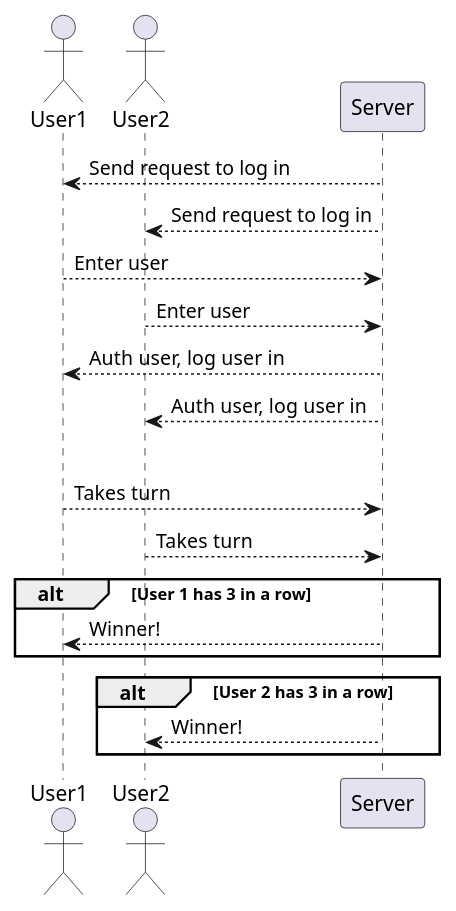
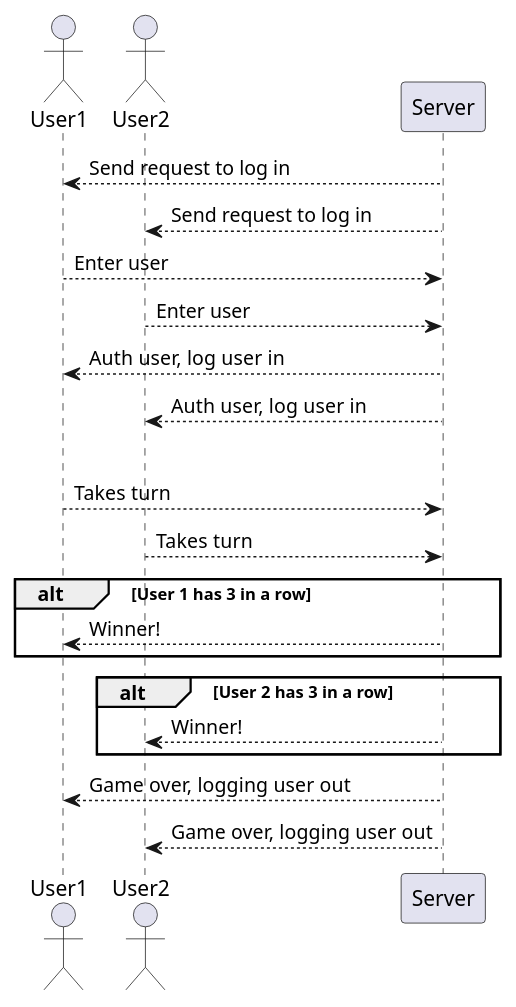
The diagram in gameLogicUML.puml (Jack-Pelletier/OODFinalProject), drawn with PlantUML before and after one commit.

Commit message:
game over lines

```diff
--- a/gameLogicUML.puml
+++ b/gameLogicUML.puml
@@ -1,27 +1,30 @@
 @startuml atm sequence
 
 actor User1 as u1
 actor User2 as u2
 participant Server as s
 
 s --> u1: Send request to log in 
 s --> u2: Send request to log in
 u1 --> s: Enter user
 u2 --> s: Enter user
 s --> u1: Auth user, log user in
 s --> u2: Auth user, log user in
 
 
 alt User 1 wins
 u1 --> s: Takes turn
 u2 --> s: Takes turn 
 
 alt User 1 has 3 in a row
     s --> u1: Winner!
 end
 
 alt User 2 has 3 in a row  
     s --> u2: Winner!
 end
 
+s --> u1: Game over, logging user out
+s --> u2: Game over, logging user out
+
 @enduml
```
